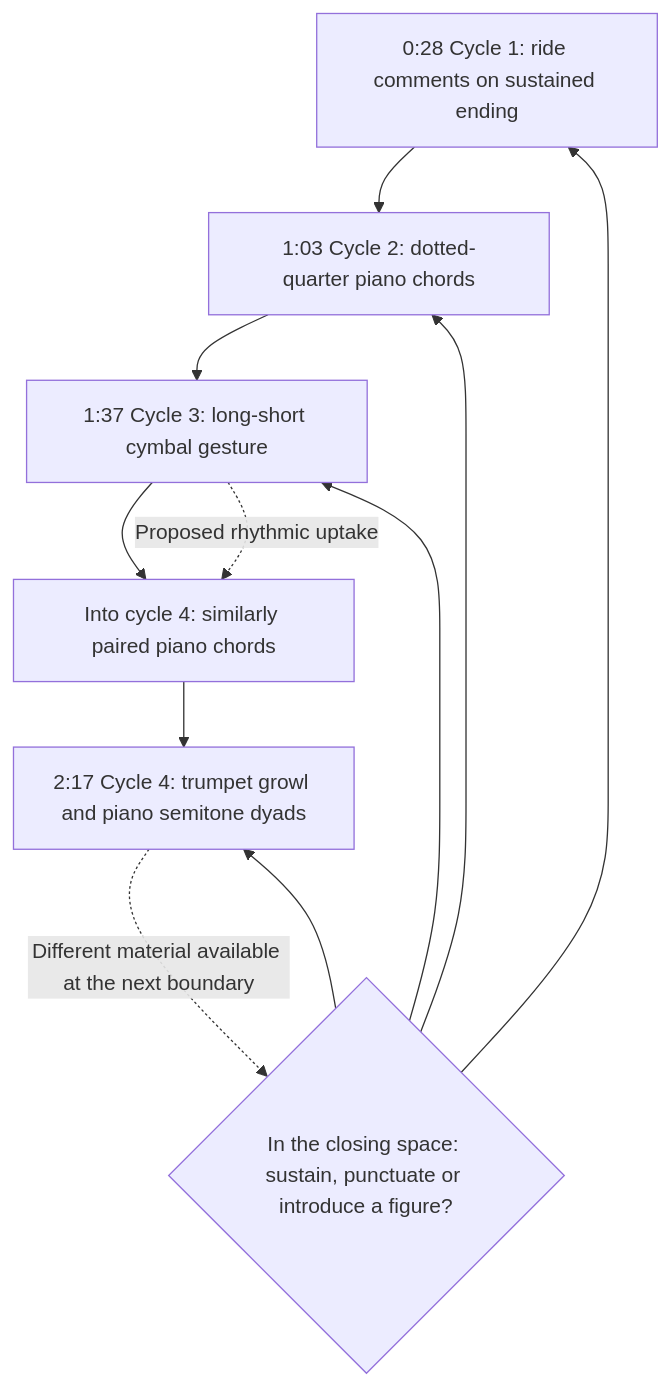
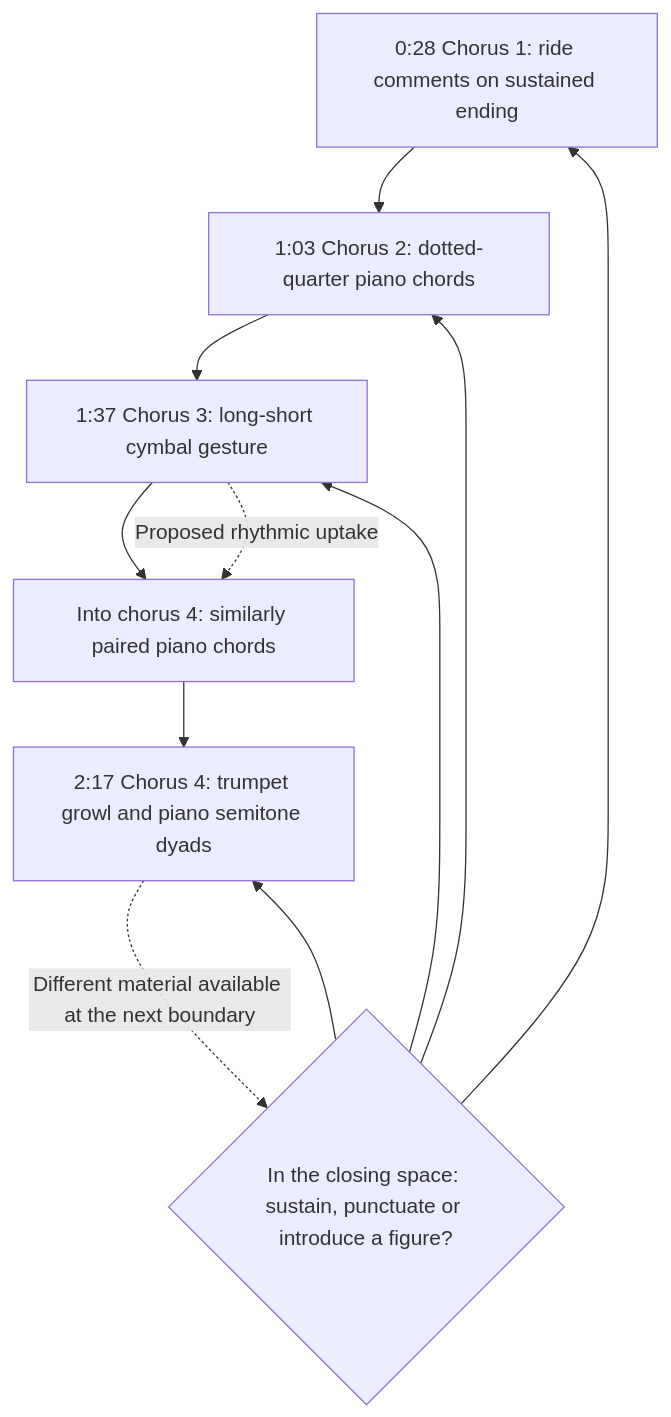
One commit to einbahnstrasse/nefertiti-analysis changed the diagram in mermaid/02-boundaries.md. Above: the diagram before and after it, drawn with Mermaid. The commit also changed other lines of this file and 27 other files, not shown here.

````diff
--- a/mermaid/02-boundaries.md
+++ b/mermaid/02-boundaries.md
@@ -9,13 +9,13 @@
 ```mermaid
 flowchart TD
- A["0:28 Cycle 1: ride comments on sustained ending"] --> B["1:03 Cycle 2: dotted-quarter piano chords"]
- B --> C["1:37 Cycle 3: long-short cymbal gesture"]
- C --> D["Into cycle 4: similarly paired piano chords"]
- D --> E["2:17 Cycle 4: trumpet growl and piano semitone dyads"]
+ A["0:28 Chorus 1: ride comments on sustained ending"] --> B["1:03 Chorus 2: dotted-quarter piano chords"]
+ B --> C["1:37 Chorus 3: long-short cymbal gesture"]
+ C --> D["Into chorus 4: similarly paired piano chords"]
+ D --> E["2:17 Chorus 4: trumpet growl and piano semitone dyads"]
  C -. "Proposed rhythmic uptake" .-> D
  Q{"In the closing space: sustain, punctuate or introduce a figure?"} --> A
  Q --> B
  Q --> C
  Q --> E
  E -. "Different material available at the next boundary" .-> Q
 ```
````
